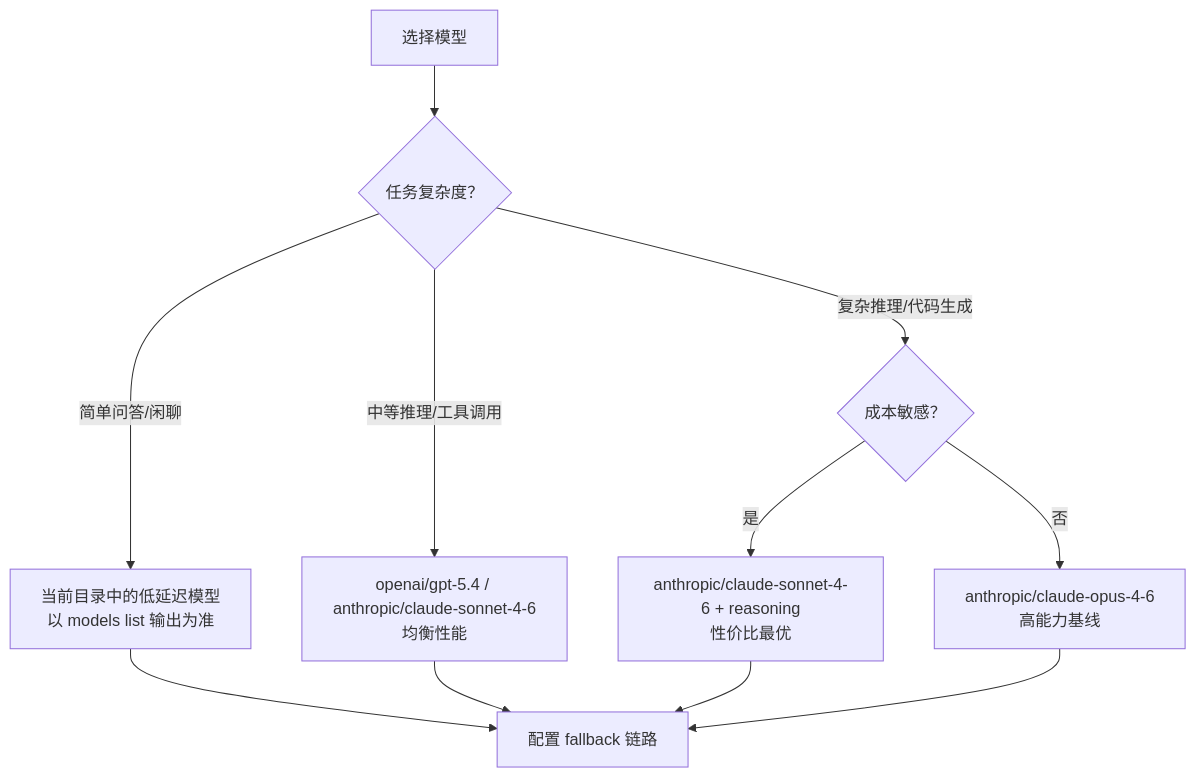
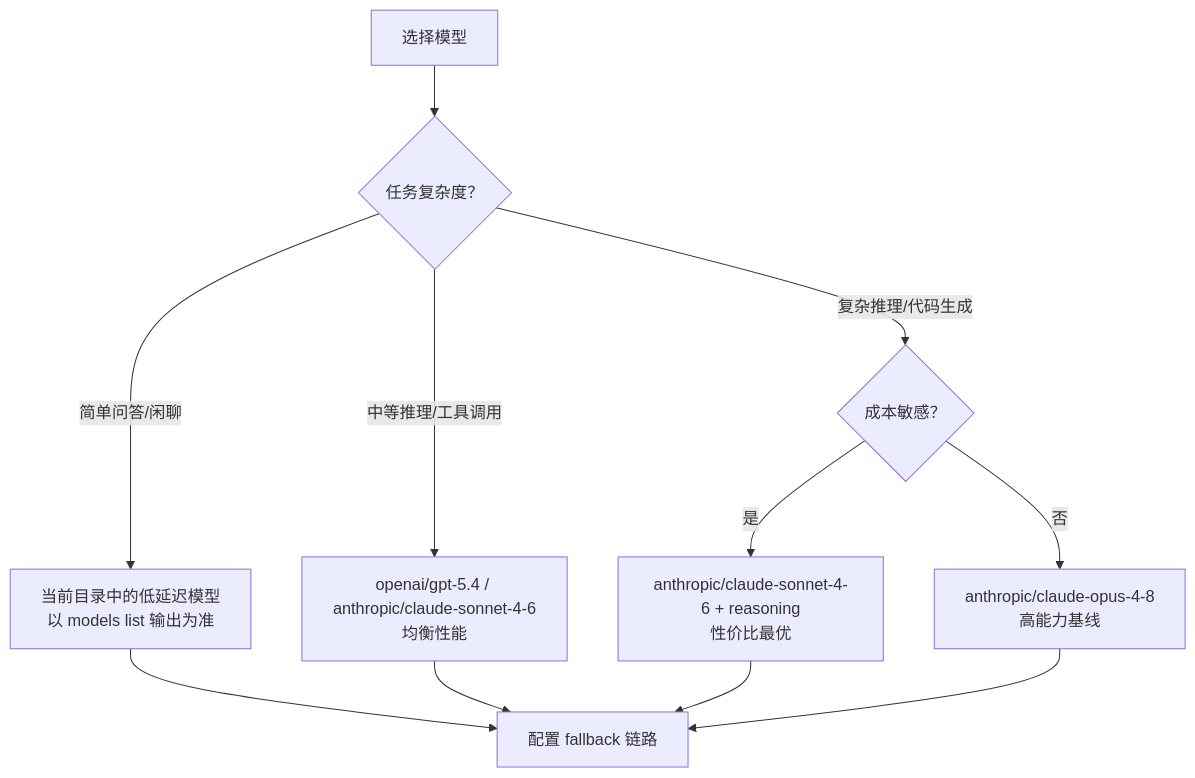
Before and after one commit to yeasy/openclaw_guide: the diagram in 04_config_models/4.3_model_selection.md, drawn with Mermaid. The commit also changed 10 other files, not shown here.

````diff
--- a/04_config_models/4.3_model_selection.md
+++ b/04_config_models/4.3_model_selection.md
@@ -30,13 +30,13 @@
 ```mermaid
 flowchart TD
     Start["选择模型"] --> Q1{"任务复杂度？"}
     Q1 -->|"简单问答/闲聊"| M1["当前目录中的低延迟模型<br/>以 models list 输出为准"]
     Q1 -->|"中等推理/工具调用"| M2["openai/gpt-5.4 / anthropic/claude-sonnet-4-6<br/>均衡性能"]
     Q1 -->|"复杂推理/代码生成"| Q2{"成本敏感？"}
     Q2 -->|"是"| M3["anthropic/claude-sonnet-4-6 + reasoning<br/>性价比最优"]
-    Q2 -->|"否"| M4["anthropic/claude-opus-4-6<br/>高能力基线"]
+    Q2 -->|"否"| M4["anthropic/claude-opus-4-8<br/>高能力基线"]
     M1 --> FB["配置 fallback 链路"]
     M2 --> FB
     M3 --> FB
     M4 --> FB
 ```
````
